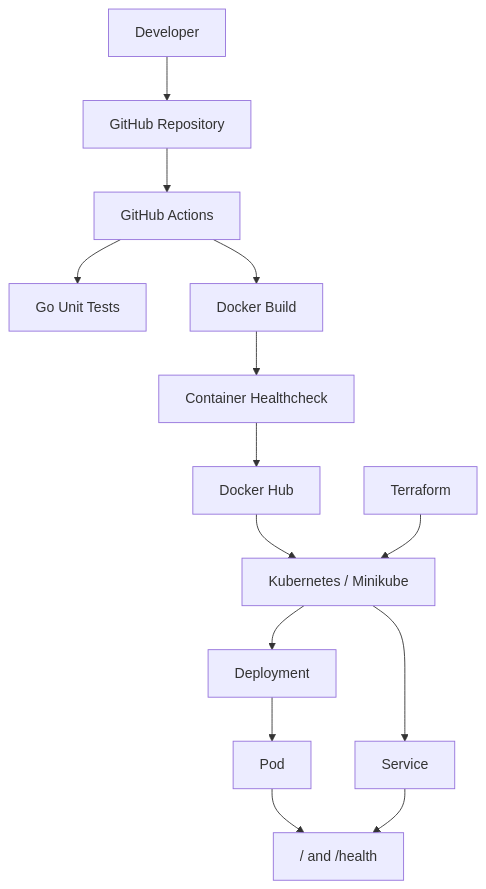
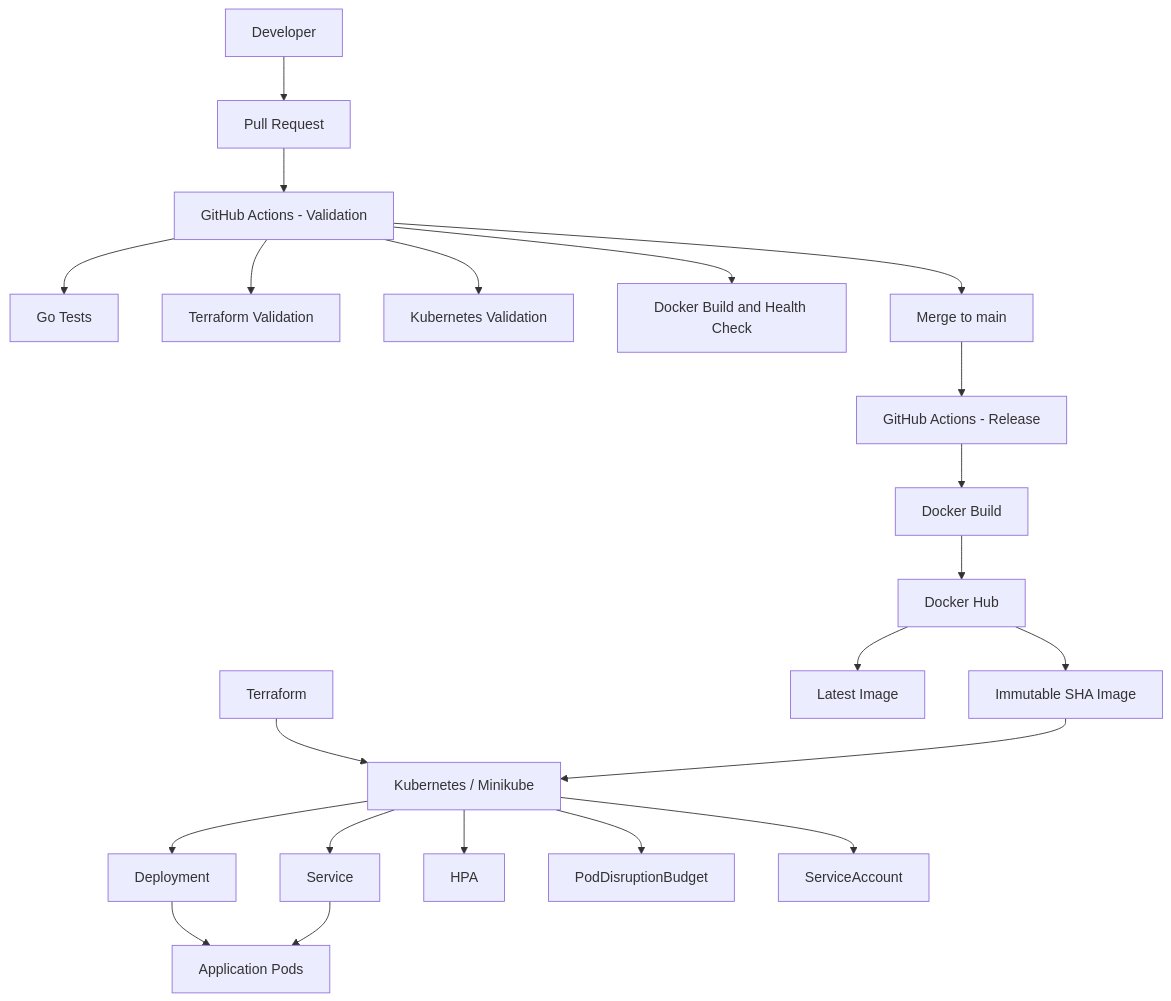
Before and after one commit to zoleman/hello-server: the diagram in README.md, drawn with Mermaid. The commit also changed other lines of this file, not shown here.

````diff
--- a/README.md
+++ b/README.md
@@ -43,22 +137,31 @@
 ```mermaid
 flowchart TD
-    A[Developer] --> B[GitHub Repository]
+    A[Developer] --> B[Pull Request]
 
-    B --> C[GitHub Actions]
+    B --> C[GitHub Actions - Validation]
+    C --> D[Go Tests]
+    C --> E[Terraform Validation]
+    C --> F[Kubernetes Validation]
+    C --> G[Docker Build and Health Check]
 
-    C --> D[Go Unit Tests]
-    C --> E[Docker Build]
-    E --> F[Container Healthcheck]
+    C --> H[Merge to main]
 
-    F --> G[Docker Hub]
+    H --> I[GitHub Actions - Release]
+    I --> J[Docker Build]
+    J --> K[Docker Hub]
 
-    G --> H[Kubernetes / Minikube]
-    H --> I[Deployment]
-    I --> J[Pod]
-    H --> K[Service]
+    K --> L[Immutable SHA Image]
+    K --> M[Latest Image]
 
-    L[Terraform] --> H
+    N[Terraform] --> O[Kubernetes / Minikube]
+    L --> O
 
-    J --> M["/ and /health"]
-    K --> M
+    O --> P[Deployment]
+    O --> Q[Service]
+    O --> R[HPA]
+    O --> S[PodDisruptionBudget]
+    O --> T[ServiceAccount]
+
+    P --> U[Application Pods]
+    Q --> U
 ```
````
